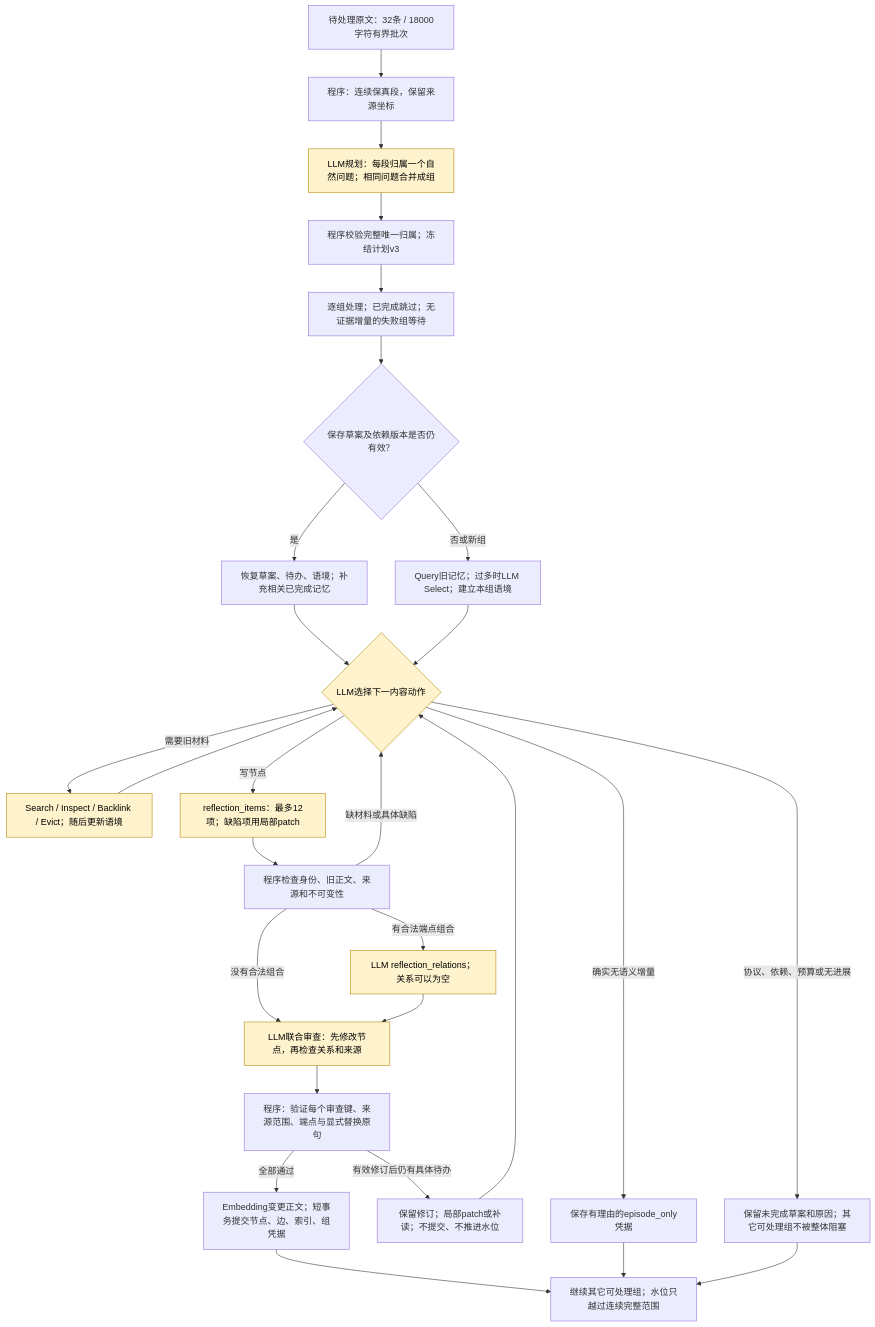
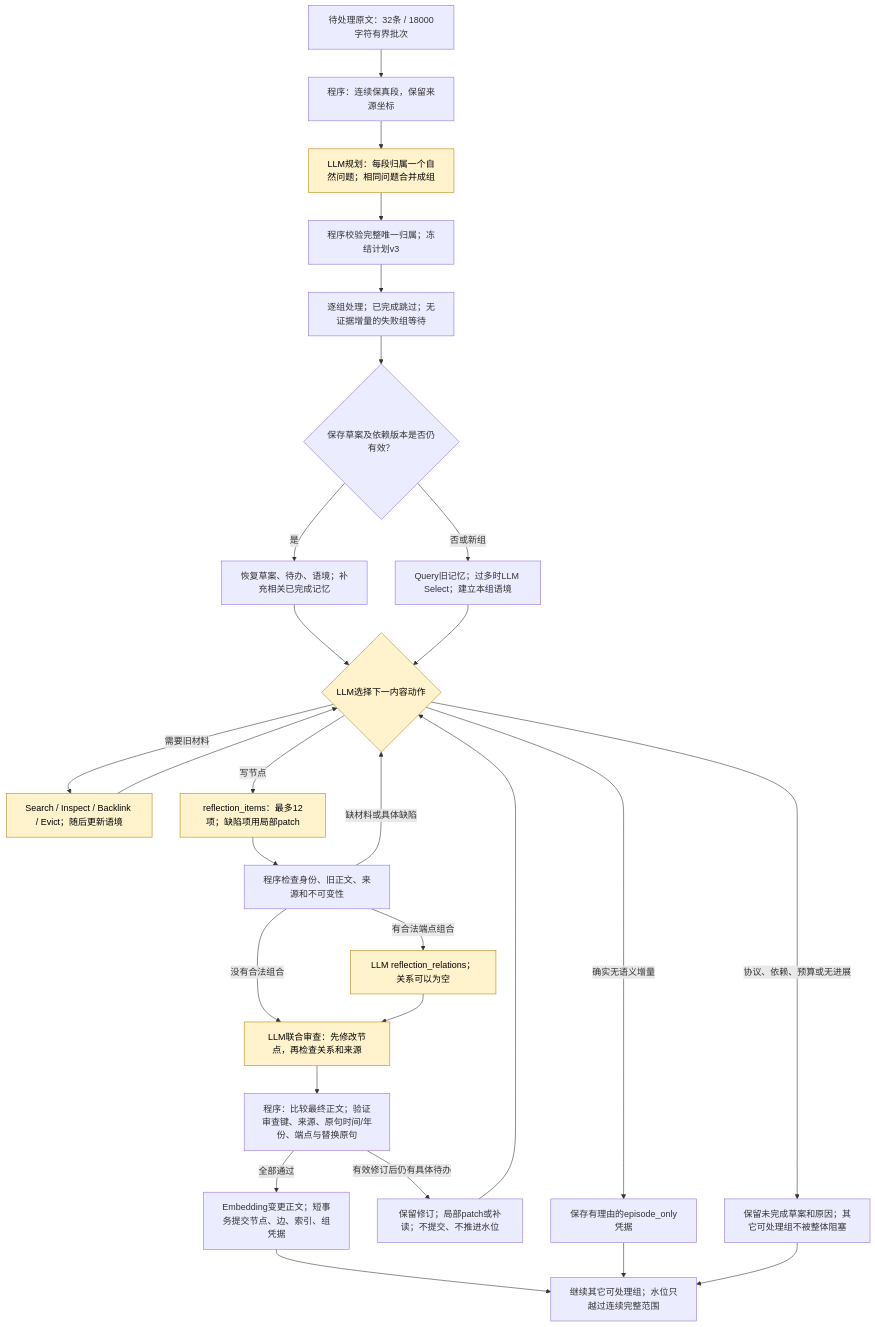
Before and after one commit to Graygoo7529/AM-Link: the second of 3 diagrams in DESIGN.md, drawn with Mermaid. The commit also changed other lines of this file and 18 other files, not shown here.

````diff
--- a/DESIGN.md
+++ b/DESIGN.md
@@ -44,31 +44,31 @@
 ```mermaid
 flowchart TD
  A[待处理原文：32条 / 18000字符有界批次] --> P[程序：连续保真段，保留来源坐标]
  P --> G[LLM规划：每段归属一个自然问题；相同问题合并成组]
  G --> V[程序校验完整唯一归属；冻结计划v3]
  V --> N[逐组处理；已完成跳过；无证据增量的失败组等待]
  N --> R{保存草案及依赖版本是否仍有效？}
  R -->|是| S[恢复草案、待办、语境；补充相关已完成记忆]
  R -->|否或新组| O[Query旧记忆；过多时LLM Select；建立本组语境]
  S --> L
  O --> L{LLM选择下一内容动作}
  L -->|需要旧材料| Q[Search / Inspect / Backlink / Evict；随后更新语境]
  Q --> L
  L -->|写节点| I[reflection_items：最多12项；缺陷项用局部patch]
  L -->|确实无语义增量| NO[保存有理由的episode_only凭据]
  I --> C[程序检查身份、旧正文、来源和不可变性]
  C -->|缺材料或具体缺陷| L
  C -->|有合法端点组合| E[LLM reflection_relations；关系可以为空]
  C -->|没有合法组合| U
  E --> U[LLM联合审查：先修改节点，再检查关系和来源]
- U --> K[程序：验证每个审查键、来源范围、端点与显式替换原句]
+ U --> K[程序：比较最终正文；验证审查键、来源、原句时间/年份、端点与替换原句]
  K -->|有效修订后仍有具体待办| W[保留修订；局部patch或补读；不提交、不推进水位]
  W --> L
  K -->|全部通过| T[Embedding变更正文；短事务提交节点、边、索引、组凭据]
  T --> NEXT[继续其它可处理组；水位只越过连续完整范围]
  NO --> NEXT
  L -->|协议、依赖、预算或无进展| FAIL[保留未完成草案和原因；其它可处理组不被整体阻塞]
  FAIL --> NEXT
  classDef model fill:#fff3cd,stroke:#b8860b,color:#000
  class G,L,Q,I,E,U model
 ```
````
